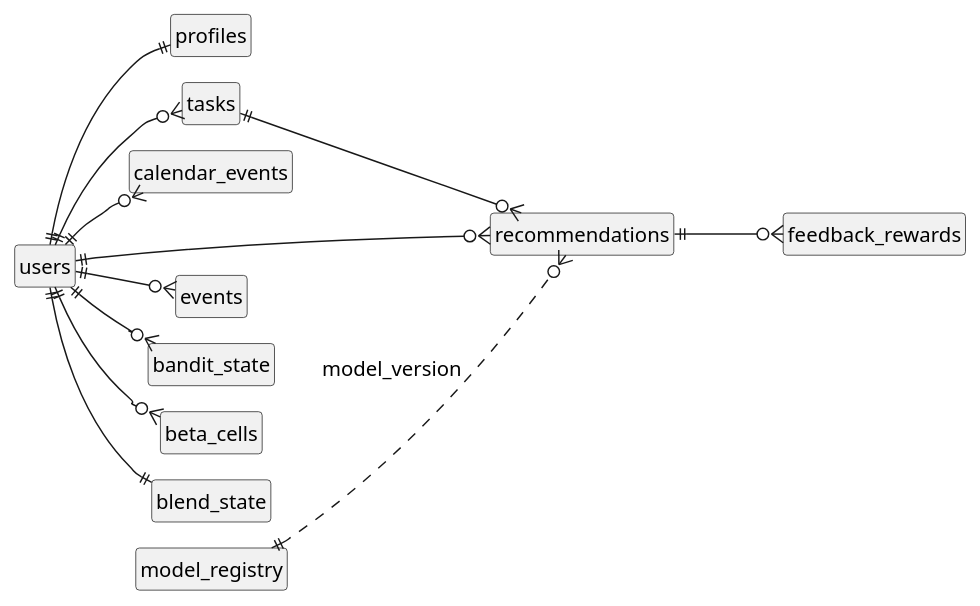
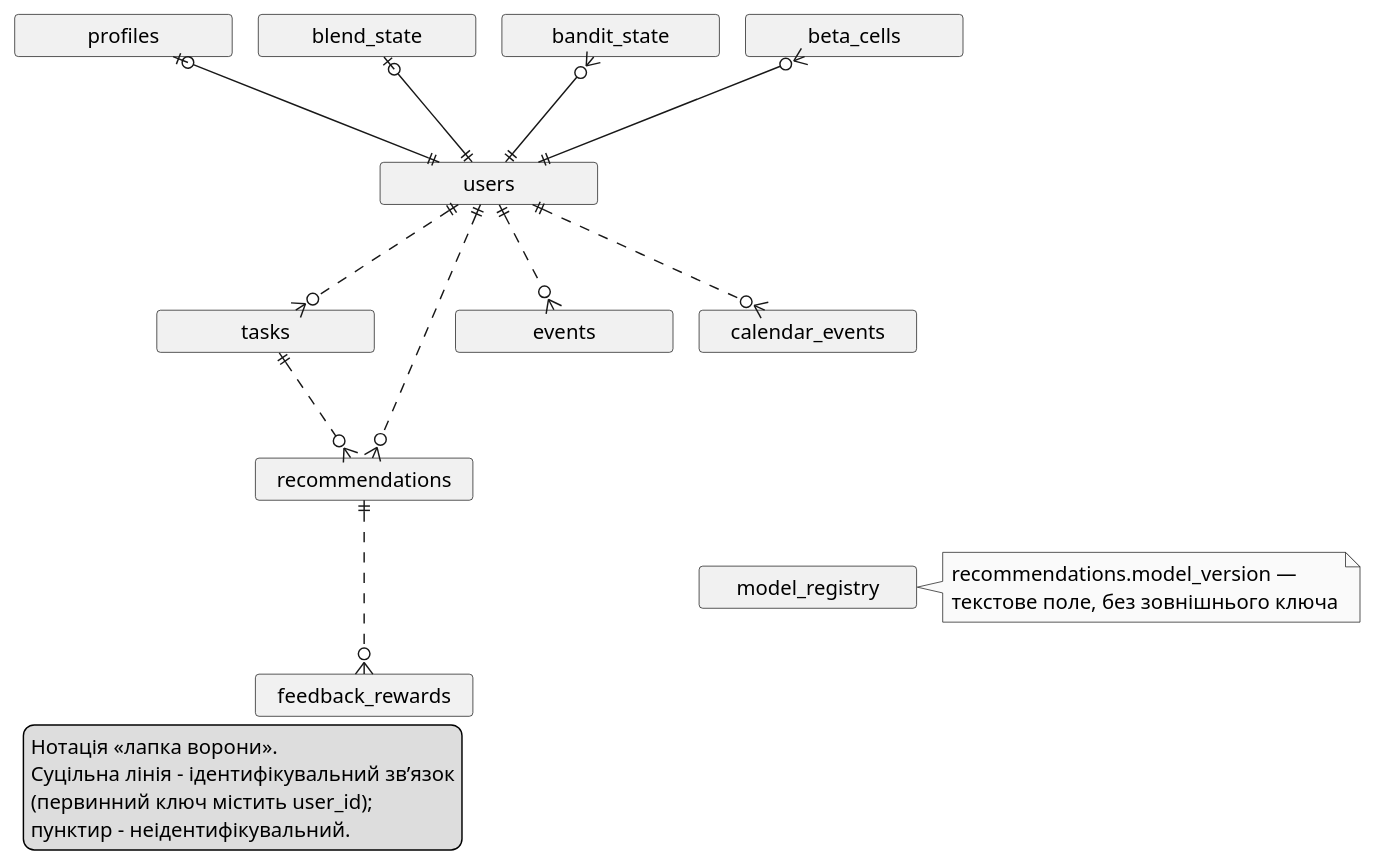
The diagram in docs/thesis/text/diagrams/3-2-er.puml (IKala4I/magister_work), drawn with PlantUML before and after one commit. The commit also changed 5 other files, not shown here.

```diff
--- a/docs/thesis/text/diagrams/3-2-er.puml
+++ b/docs/thesis/text/diagrams/3-2-er.puml
@@ -1,44 +1,62 @@
 @startuml
-' Рисунок 3.2 — Логічна схема бази даних системи (ER-діаграма).
+' Рисунок 3.2 — Схема зв'язків основних таблиць бази даних (нотація «лапка ворони»).
 ' Правило власника (2026-09-29): лише сутності й зв'язки, без полів, не більше, ніж описує текст.
 ' Сутності — перелік підрозділу 3.4; зв'язки — дослівно з тексту плейсхолдера рисунка 3.2. Текст
 ' виправлено за схемою бази (власник, 2026-09-29): стан моделей — три таблиці bandit_state,
 ' beta_cells, blend_state; профіль — profiles. Кардинальності звірено з міграціями: profiles і
 ' blend_state мають ключ user_id (1:1), bandit_state — (user_id, category), beta_cells — комірки
 ' (1:N). recommendations.model_version — текстове поле без зовнішнього ключа, тому пунктир.
 ' PlantUML, а не Mermaid: у Mermaid ребро recommendations — feedback_rewards виходило таким
 ' коротким, що знаки кратності на його кінцях накладалися (адверсарний прохід, 2026-09-29);
 ' тут довжину ребра задає кількість рисок.
+' 2026-11-12 (зовнішня рецензія, звірено з міграціями): profiles і blend_state — 0..1 (рядок
+' з'являється з першою синхронізацією, не з реєстрацією); суцільна лінія — ідентифікувальний зв'язок
+' (первинний ключ містить user_id: profiles, blend_state, bandit_state, beta_cells), пунктир —
+' неідентифікувальний (власний id); model_version — текстове поле без зовнішнього ключа, тому
+' примітка, а не лінія. Лінії від users — у чотири боки, щоб позначки кратності не зливалися.
 !pragma layout smetana
 skinparam defaultFontSize 14
 skinparam defaultFontName Arial
 skinparam monochrome true
 skinparam shadowing false
+skinparam minClassWidth 150
+skinparam nodesep 26
+skinparam ranksep 60
 hide circle
 hide empty members
-left to right direction
+top to bottom direction
 
-entity users
 entity profiles
+entity blend_state
+entity bandit_state
+entity beta_cells
+entity "users" as users
 entity tasks
-entity calendar_events
 entity recommendations
 entity events
+entity calendar_events
 entity feedback_rewards
-entity bandit_state
-entity beta_cells
-entity blend_state
 entity model_registry
 
-users ||--|| profiles
-users ||--o{ tasks
-users ||--o{ recommendations
-tasks ||--o{ recommendations
-recommendations ||---o{ feedback_rewards
-users ||--o{ bandit_state
-users ||--o{ beta_cells
-users ||--|| blend_state
-users ||--o{ events
-users ||--o{ calendar_events
-model_registry ||..o{ recommendations : model_version
+profiles |o---|| users
+blend_state |o---|| users
+bandit_state }o---|| users
+beta_cells }o---|| users
+users ||...o{ tasks
+users ||...o{ recommendations
+users ||...o{ events
+users ||...o{ calendar_events
+tasks ||...o{ recommendations
+recommendations ||...o{ feedback_rewards
+calendar_events -[hidden]--- model_registry
+note right of model_registry
+  recommendations.model_version —
+  текстове поле, без зовнішнього ключа
+end note
+legend bottom left
+  Нотація «лапка ворони».
+  Суцільна лінія – ідентифікувальний зв’язок
+  (первинний ключ містить user_id);
+  пунктир – неідентифікувальний.
+endlegend
 @enduml
```
